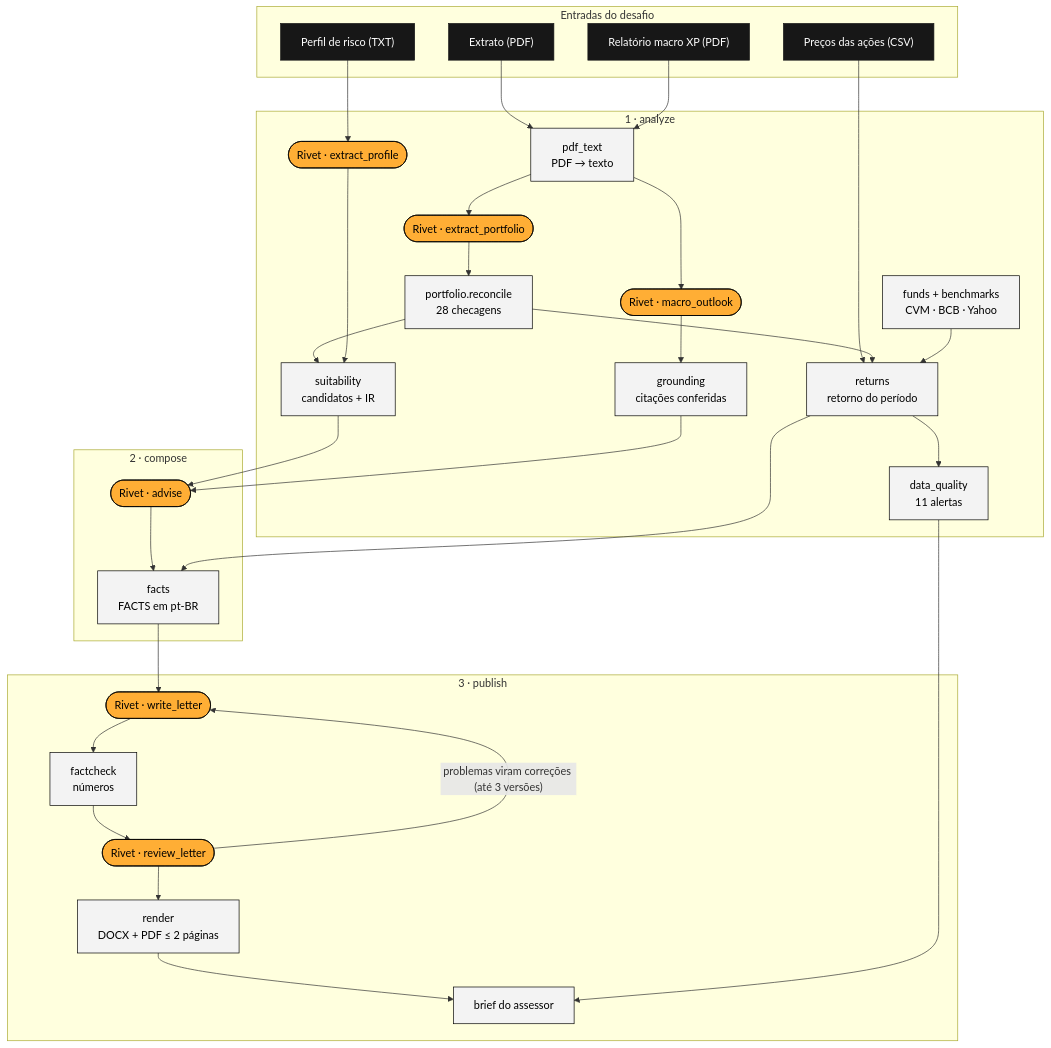
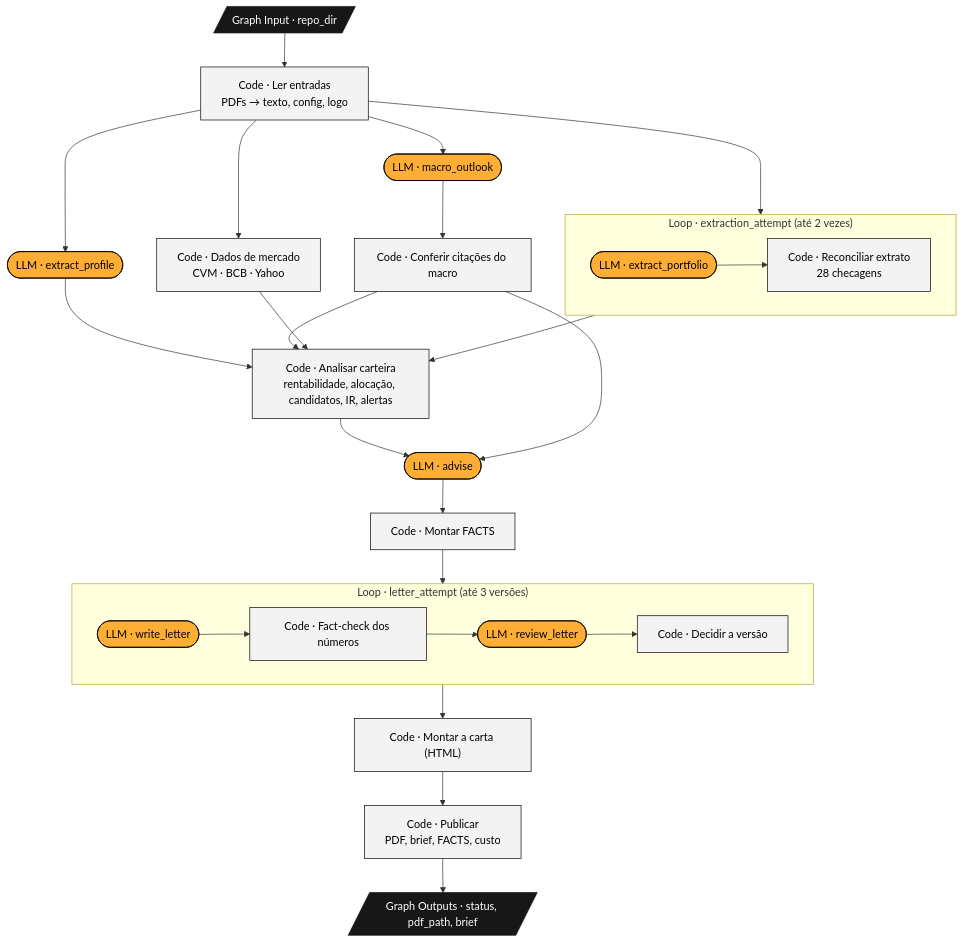
The first of 4 diagrams in docs/04_arquitetura_e_codigo.md (eu-adrianocarvalho/enter-challenge), drawn with Mermaid before and after one commit. The commit also changed other lines of this file and 35 other files, not shown here.

````diff
--- a/docs/04_arquitetura_e_codigo.md
+++ b/docs/04_arquitetura_e_codigo.md
@@ -5,58 +7,29 @@
 ```mermaid
 flowchart TD
-  subgraph IN["Entradas do desafio"]
-    A1["Extrato (PDF)"]
-    A2["Perfil de risco (TXT)"]
-    A3["Relatório macro XP (PDF)"]
-    A4["Preços das ações (CSV)"]
+  R[/"Graph Input · repo_dir"/] --> L["Code · Ler entradas<br/>PDFs → texto, config, logo"]
+  L --> X
+  subgraph X["Loop · extraction_attempt (até 2 vezes)"]
+    X1(["LLM · extract_portfolio"]) --> X2["Code · Reconciliar extrato<br/>28 checagens"]
   end
-  subgraph AN["1 · analyze"]
-    B1["pdf_text<br/>PDF → texto"]
-    B2(["Rivet · extract_portfolio"])
-    B3["portfolio.reconcile<br/>28 checagens"]
-    B4(["Rivet · extract_profile"])
-    B5(["Rivet · macro_outlook"])
-    B6["grounding<br/>citações conferidas"]
-    B7["funds + benchmarks<br/>CVM · BCB · Yahoo"]
-    B8["returns<br/>retorno do período"]
-    B9["data_quality<br/>11 alertas"]
-    B10["suitability<br/>candidatos + IR"]
+  L --> P(["LLM · extract_profile"])
+  L --> M(["LLM · macro_outlook"]) --> G["Code · Conferir citações do macro"]
+  L --> D["Code · Dados de mercado<br/>CVM · BCB · Yahoo"]
+  X --> A["Code · Analisar carteira<br/>rentabilidade, alocação, candidatos, IR, alertas"]
+  P --> A
+  G --> A
+  D --> A
+  A --> AD(["LLM · advise"]) --> F["Code · Montar FACTS"]
+  G --> AD
+  F --> W
+  subgraph W["Loop · letter_attempt (até 3 versões)"]
+    W1(["LLM · write_letter"]) --> W2["Code · Fact-check dos números"] --> W3(["LLM · review_letter"]) --> W4["Code · Decidir a versão"]
   end
-  subgraph CO["2 · compose"]
-    C1(["Rivet · advise"])
-    C2["facts<br/>FACTS em pt-BR"]
-  end
-  subgraph PU["3 · publish"]
-    D1(["Rivet · write_letter"])
-    D2["factcheck<br/>números"]
-    D3(["Rivet · review_letter"])
-    D4["render<br/>DOCX + PDF ≤ 2 páginas"]
-    D5["brief do assessor"]
-  end
-  A1 --> B1
-  A3 --> B1
-  B1 --> B2 --> B3
-  B1 --> B5 --> B6
-  A2 --> B4
-  A4 --> B8
-  B3 --> B8
-  B7 --> B8
-  B8 --> B9
-  B3 --> B10
-  B4 --> B10
-  B10 --> C1
-  B6 --> C1
-  C1 --> C2
-  B8 --> C2
-  C2 --> D1 --> D2 --> D3
-  D3 -- "problemas viram correções (até 3 versões)" --> D1
-  D3 --> D4 --> D5
-  B9 --> D5
+  W --> H["Code · Montar a carta (HTML)"] --> PU["Code · Publicar<br/>PDF, brief, FACTS, custo"]
+  PU --> O[/"Graph Outputs · status, pdf_path, brief"/]
   classDef rivet fill:#ffae35,stroke:#000,color:#000
-  classDef py fill:#f3f3f3,stroke:#000,color:#000
+  classDef code fill:#f3f3f3,stroke:#000,color:#000
   classDef io fill:#171717,stroke:#171717,color:#fff
-  classDef bad fill:#fde2e2,stroke:#d62828,color:#000
-  class B2,B4,B5,C1,D1,D3 rivet
-  class B1,B3,B6,B7,B8,B9,B10,C2,D2,D4,D5 py
-  class A1,A2,A3,A4 io
+  class X1,P,M,AD,W1,W3 rivet
+  class L,X2,G,D,A,F,W2,W4,H,PU code
+  class R,O io
 ```
````
